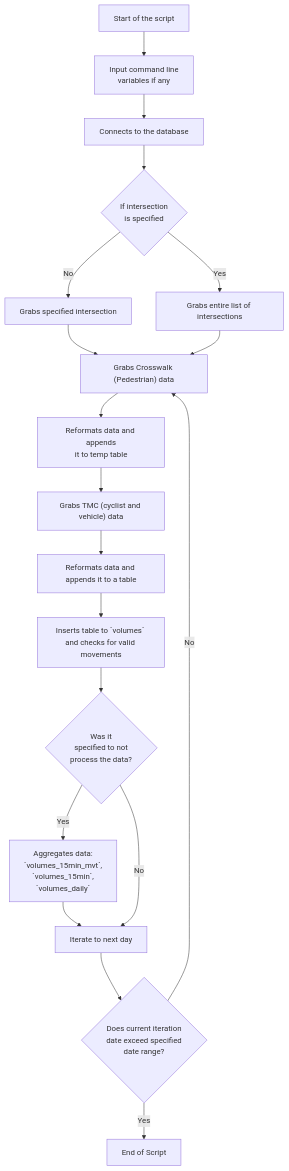
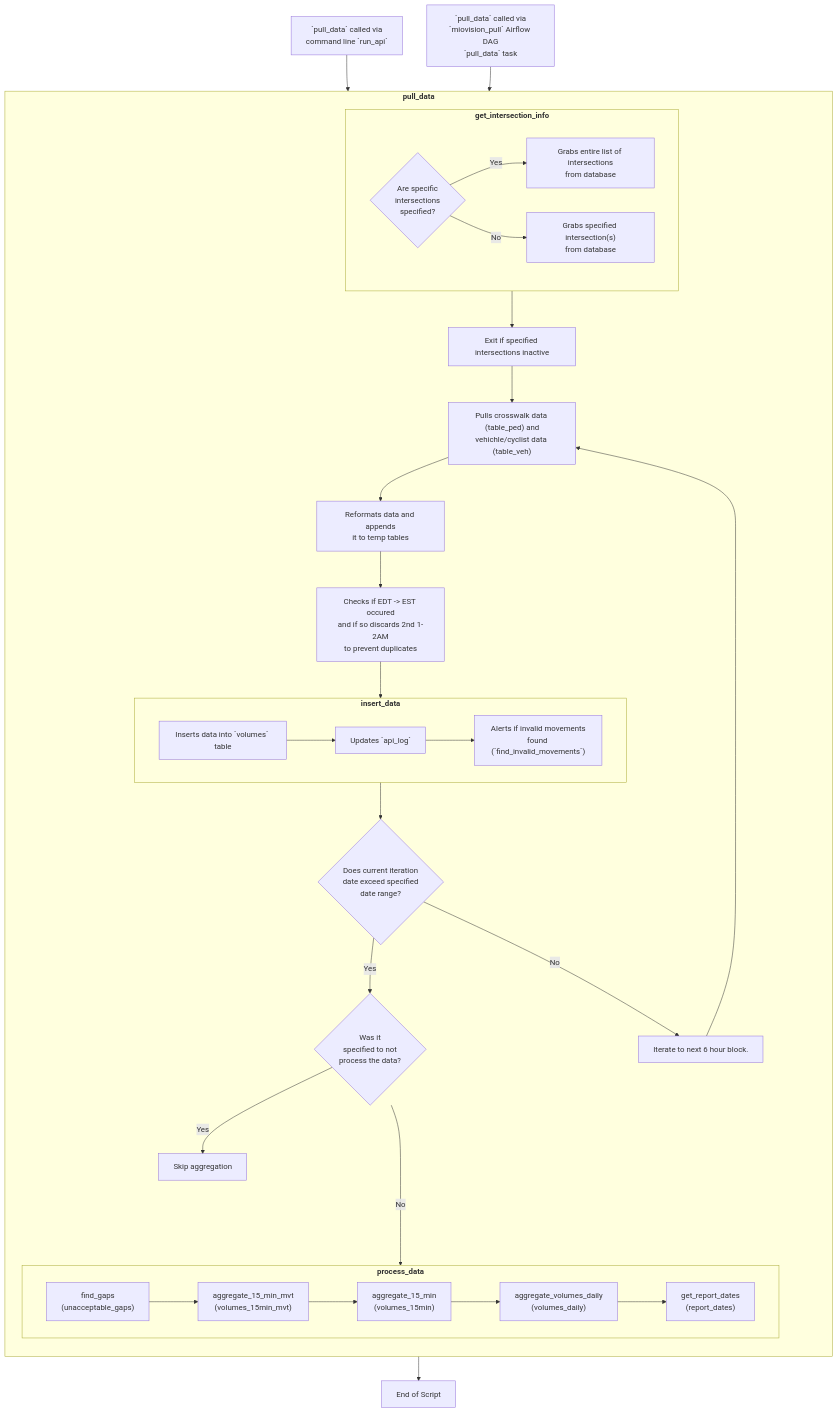
The diagram in volumes/miovision/api/readme.md (CityofToronto/bdit_data-sources), drawn with Mermaid before and after one commit. The commit also changed other lines of this file and 3 other files, not shown here.

Commit message:
#832 update api diagram in readme

````diff
--- a/volumes/miovision/api/readme.md
+++ b/volumes/miovision/api/readme.md
@@ -246,29 +244,59 @@
 ```mermaid
-flowchart TD
-    A[Start of the script]-->
-    B[Input command line\nvariables if any]-->
-    C[Connects to the database]-->
-    D{If intersection\nis specified}
-    E[Grabs entire list of intersections]
-    F[Grabs specified intersection]
-    D-->|Yes|E
-    D-->|No|F
-    G["Grabs Crosswalk (Pedestrian) data"]
-    F-->G
-    E-->G
-    H[Reformats data and appends\nit to temp table]
-    G-->H-->I
-    I["Grabs TMC (cyclist and vehicle) data"]-->
-    J[Reformats data and appends it to a table]-->
-    K[Inserts table to `volumes` and checks for valid movements]-->
-    L{Was it\nspecified to not\nprocess the data?}
-    M[Aggregates data:\n`volumes_15min_mvt`,\n`volumes_15min`,\n`volumes_daily`]
-    O[Iterate to next day]
-    L-->|Yes|M-->O
-    L-->|No|O
-    O-->P
-    P{Does current iteration\ndate exceed specified\ndate range?}
+flowchart TB
+    A[" `pull_data` called via\ncommand line `run_api`"]
+    B[" `pull_data` called via\n`miovision_pull` Airflow DAG\n`pull_data` task"]
+    A & B-->pull_data
+
+    subgraph pull_data["`**pull_data**`" ]
+        direction TB
+
+        subgraph get_intersection_info["`**get_intersection_info**`" ]
+            direction LR
+            D{Are specific\nintersections\n specified?}
+            E[Grabs entire list of intersections\nfrom database]
+            F["Grabs specified intersection(s)\nfrom database"]
+            D-->|Yes|E
+            D-->|No|F
+        end
+
+        exit[Exit if specified intersections inactive]
+        G["Pulls crosswalk data (table_ped) and\nvehichle/cyclist data (table_veh)"]
+        H[Reformats data and appends\nit to temp tables]
+        J[Checks if EDT -> EST occured\nand if so discards 2nd 1-2AM\nto prevent duplicates]
+
+        subgraph insert_data["`**insert_data**`"]
+            direction LR
+            insert[Inserts data into `volumes` table]
+            api_log[Updates `api_log`]
+            invalid["Alerts if invalid movements\nfound (`find_invalid_movements`)"]
+            insert-->api_log-->invalid
+        end
+
+        P{Does current iteration\ndate exceed specified\ndate range?}
+        get_intersection_info-->exit-->G-->H-->J-->insert_data-->P
+        
+
+        Iterate[Iterate to next 6 hour block.]
+        L{Was it\nspecified to not\nprocess the data?}
+
+        P-->|Yes|L
+        P-->|No|Iterate
+        Iterate-->G
+
+        subgraph process_data["`**process_data**`"]
+            direction LR
+            gaps["find_gaps\n(unacceptable_gaps)"]-->
+            mvt["aggregate_15_min_mvt\n(volumes_15min_mvt)"]-->
+            v15["aggregate_15_min\n(volumes_15min)"]-->
+            volumes_daily["aggregate_volumes_daily\n(volumes_daily)"]-->
+            report_dates["get_report_dates\n(report_dates)"]
+        end
+        
+        L---->|No|process_data
+        L-->|Yes|skip[Skip aggregation]
+    end
+    
     Q[End of Script]
-    P-->|Yes|Q
-    P-->|No|G
-```
+    
+    pull_data-->Q
+  ```
````
